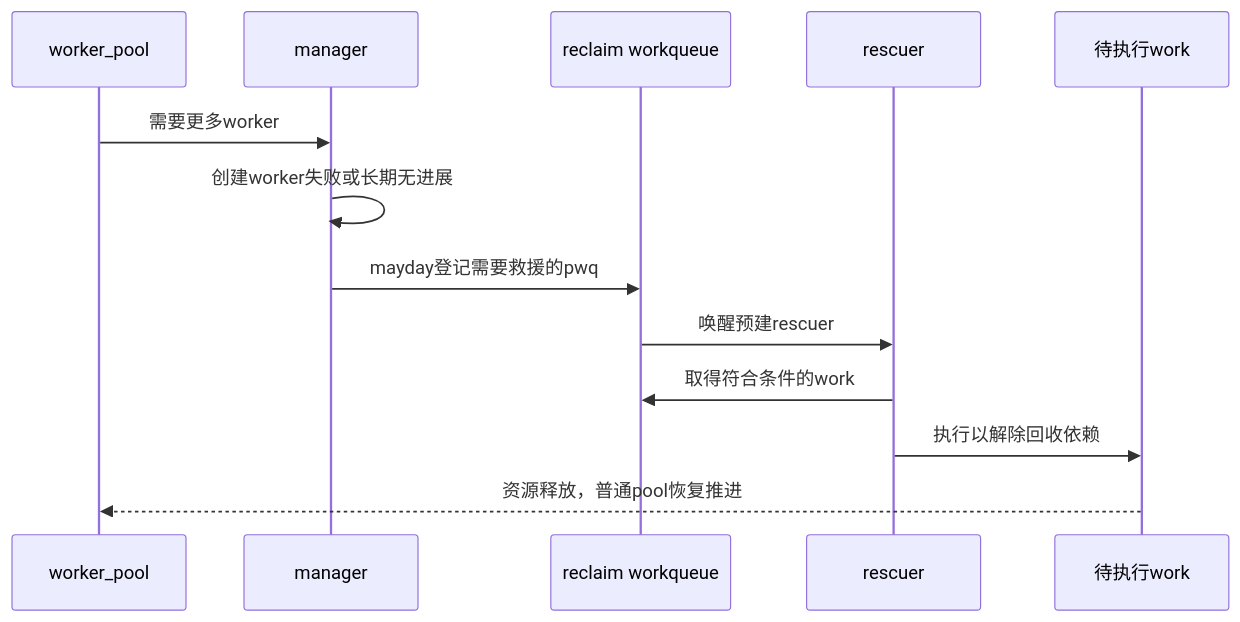
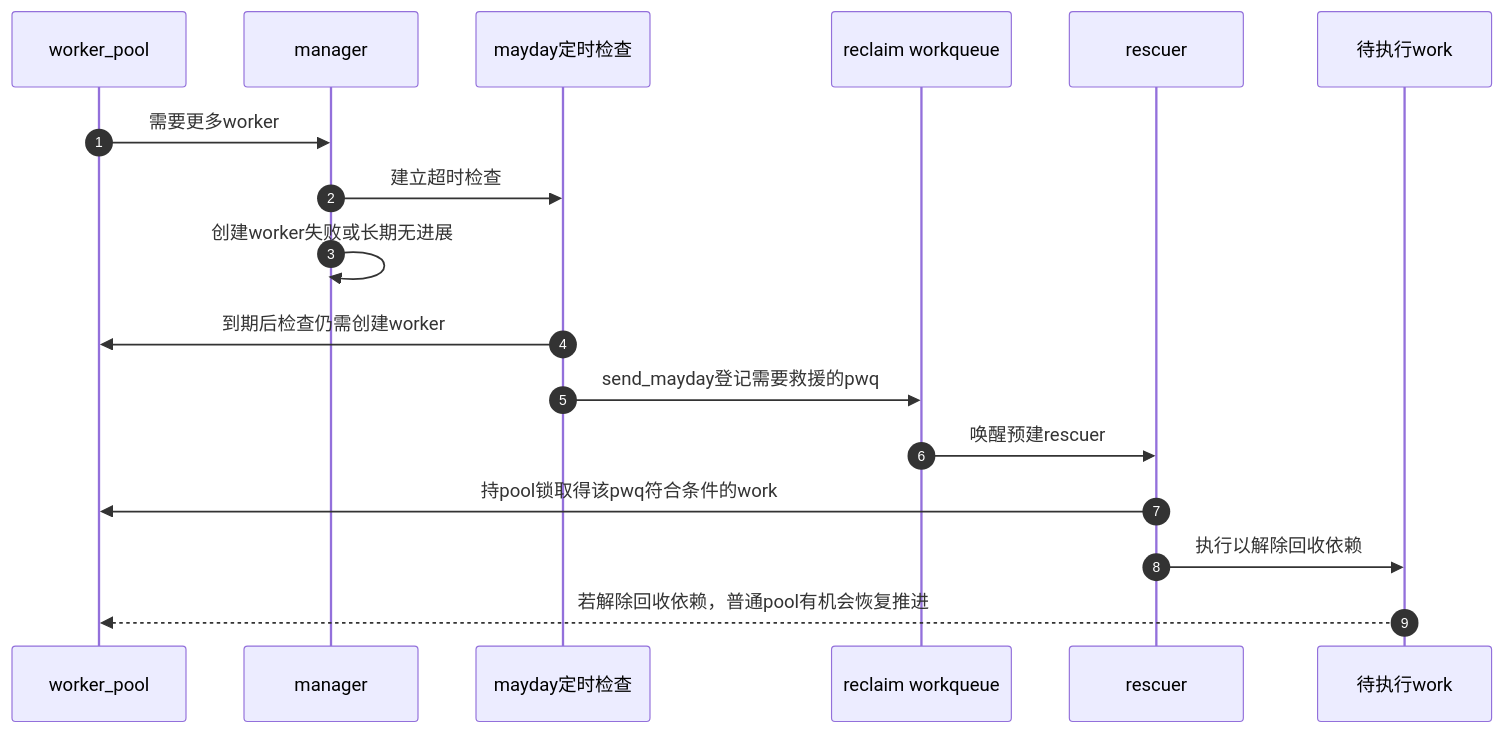
The second of 2 diagrams in knowledge/linux/synchronization_and_asynchrony/asynchrony/workqueue/P07_unbound_rescuer与回收前进性.md (FormingSystem/linux_note), drawn with Mermaid before and after one commit. The commit also changed other lines of this file and 10 other files, not shown here.

````diff
--- a/knowledge/linux/synchronization_and_asynchrony/asynchrony/workqueue/P07_unbound_rescuer与回收前进性.md
+++ b/knowledge/linux/synchronization_and_asynchrony/asynchrony/workqueue/P07_unbound_rescuer与回收前进性.md
@@ -39,16 +43,20 @@
 ```mermaid
 sequenceDiagram
+    autonumber
     participant P as worker_pool
     participant M as manager
+    participant T as mayday定时检查
     participant W as reclaim workqueue
     participant R as rescuer
     participant A as 待执行work
 
     P->>M: 需要更多worker
+    M->>T: 建立超时检查
     M->>M: 创建worker失败或长期无进展
-    M->>W: mayday登记需要救援的pwq
+    T->>P: 到期后检查仍需创建worker
+    T->>W: send_mayday登记需要救援的pwq
     W->>R: 唤醒预建rescuer
-    R->>W: 取得符合条件的work
+    R->>P: 持pool锁取得该pwq符合条件的work
     R->>A: 执行以解除回收依赖
-    A-->>P: 资源释放，普通pool恢复推进
+    A-->>P: 若解除回收依赖，普通pool有机会恢复推进
 ```
````
